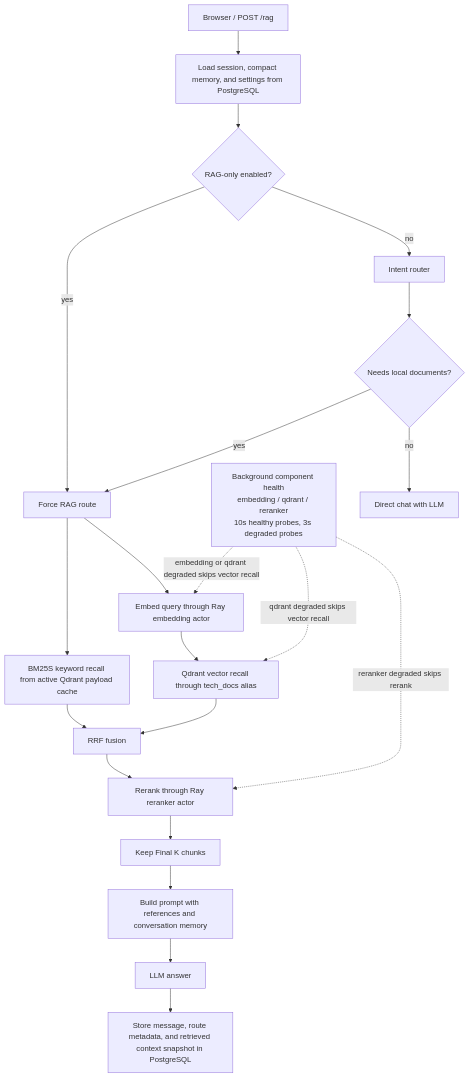
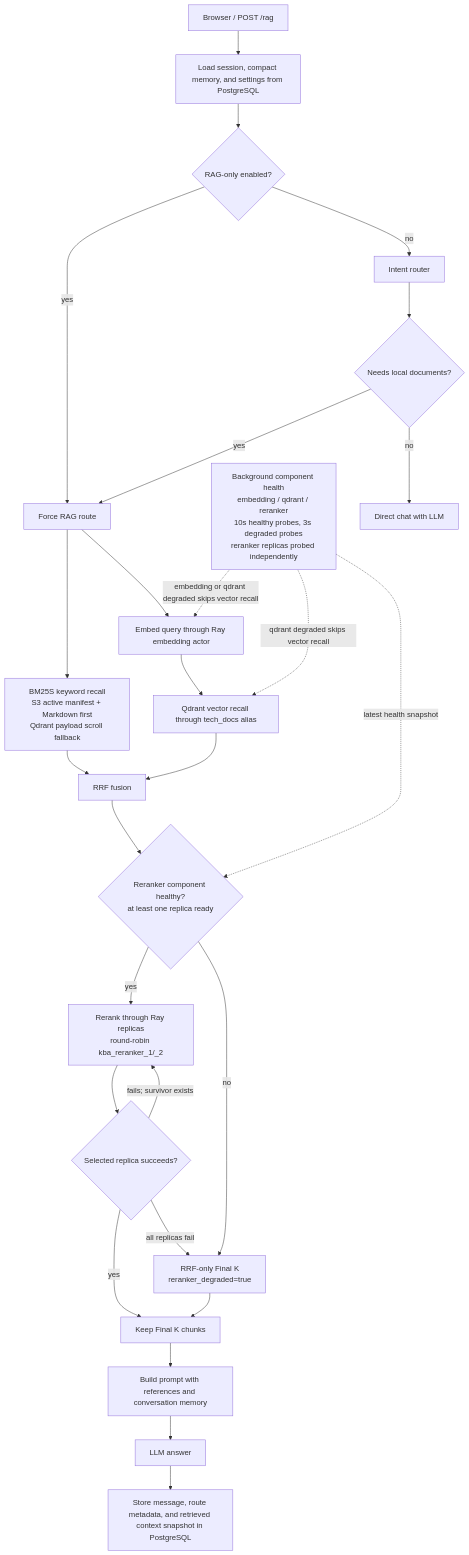
The third of 4 diagrams in readme.md (XingjiaYang/Knowledge-Base-Assistant), drawn with Mermaid before and after one commit. The commit also changed other lines of this file and 10 other files, not shown here.

Commit message:
Add reranker replica failover

````diff
--- a/readme.md
+++ b/readme.md
@@ -655,24 +667,30 @@
 ```mermaid
 flowchart TD
     A["Browser / POST /rag"] --> B["Load session, compact memory, and settings from PostgreSQL"]
-    P["Background component health<br/>embedding / qdrant / reranker<br/>10s healthy probes, 3s degraded probes"]
+    P["Background component health<br/>embedding / qdrant / reranker<br/>10s healthy probes, 3s degraded probes<br/>reranker replicas probed independently"]
     B --> C{"RAG-only enabled?"}
     C -- "yes" --> F["Force RAG route"]
     C -- "no" --> D["Intent router"]
     D --> E{"Needs local documents?"}
     E -- "no" --> Z["Direct chat with LLM"]
     E -- "yes" --> F
     F --> G["Embed query through Ray embedding actor"]
-    F --> H["BM25S keyword recall from active Qdrant payload cache"]
+    F --> H["BM25S keyword recall<br/>S3 active manifest + Markdown first<br/>Qdrant payload scroll fallback"]
     G --> I["Qdrant vector recall through tech_docs alias"]
     P -. "embedding or qdrant degraded skips vector recall" .-> G
     P -. "qdrant degraded skips vector recall" .-> I
     H --> J["RRF fusion"]
     I --> J
-    J --> K["Rerank through Ray reranker actor"]
-    P -. "reranker degraded skips rerank" .-> K
-    K --> L["Keep Final K chunks"]
+    J --> R{"Reranker component healthy?<br/>at least one replica ready"}
+    P -. "latest health snapshot" .-> R
+    R -- "yes" --> K["Rerank through Ray replicas<br/>round-robin kba_reranker_1/_2"]
+    K --> S{"Selected replica succeeds?"}
+    S -- "yes" --> L["Keep Final K chunks"]
+    S -- "fails; survivor exists" --> K
+    S -- "all replicas fail" --> U["RRF-only Final K<br/>reranker_degraded=true"]
+    R -- "no" --> U
+    U --> L
     L --> M["Build prompt with references and conversation memory"]
     M --> N["LLM answer"]
     N --> O["Store message, route metadata, and retrieved context snapshot in PostgreSQL"]
 ```
````
